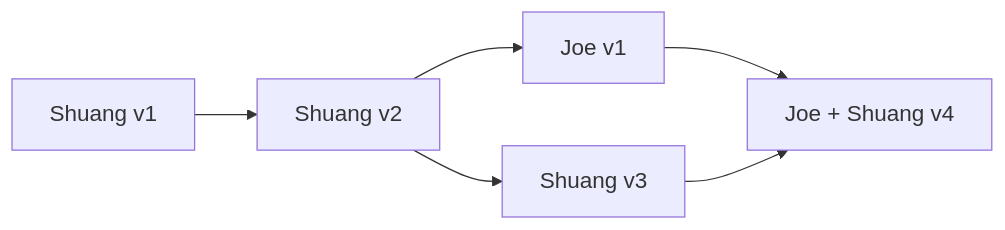
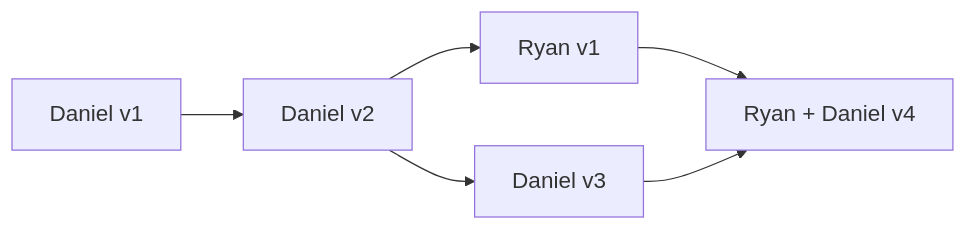
The first of 6 diagrams in slides/05_collaboration.qmd (openpharma/workshop-r-swe-md), drawn with Mermaid before and after one commit. The commit also changed other lines of this file and 1 other file, not shown here.

````diff
--- a/slides/05_collaboration.qmd
+++ b/slides/05_collaboration.qmd
@@ -72,8 +72,8 @@
 ```{mermaid}
 flowchart LR
-  A[<font size=4> Shuang v1] --> B[<font size=4> Shuang v2]
-  B --> C[<font size=4> Shuang v3]
-  B --> D[<font size=4> Joe v1]
-  D --> E[<font size=4> Joe + Shuang v4]
+  A[<font size=4> Daniel v1] --> B[<font size=4> Daniel v2]
+  B --> C[<font size=4> Daniel v3]
+  B --> D[<font size=4> Ryan v1]
+  D --> E[<font size=4> Ryan + Daniel v4]
   C --> E
 ```
````
